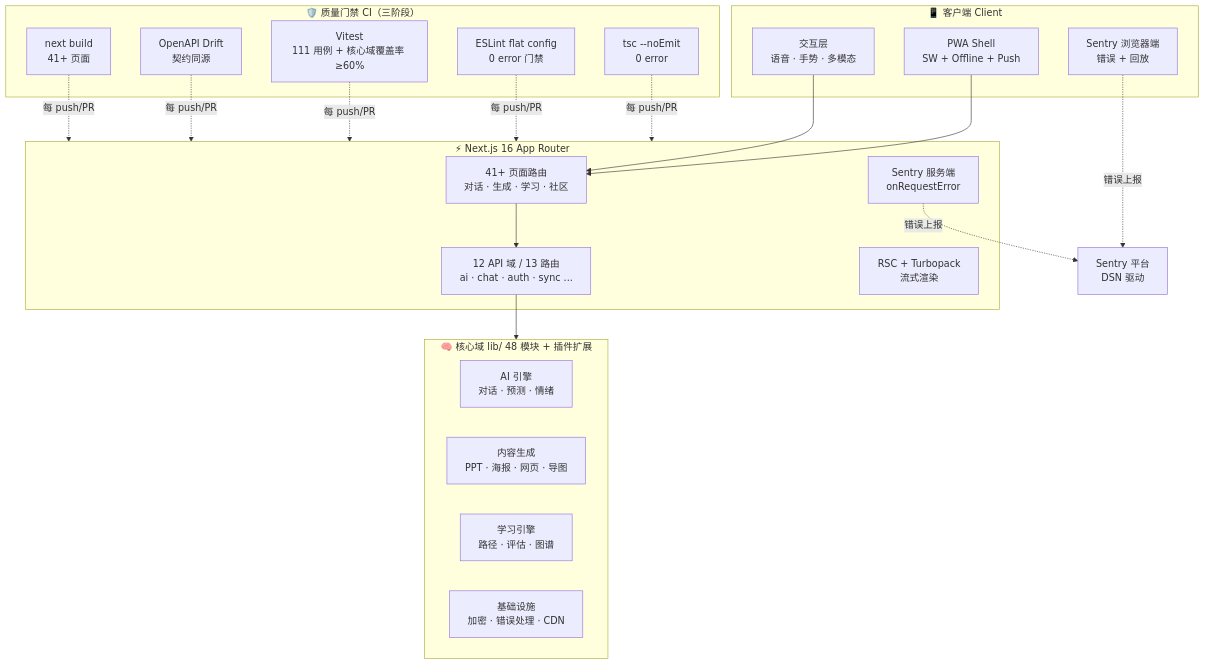
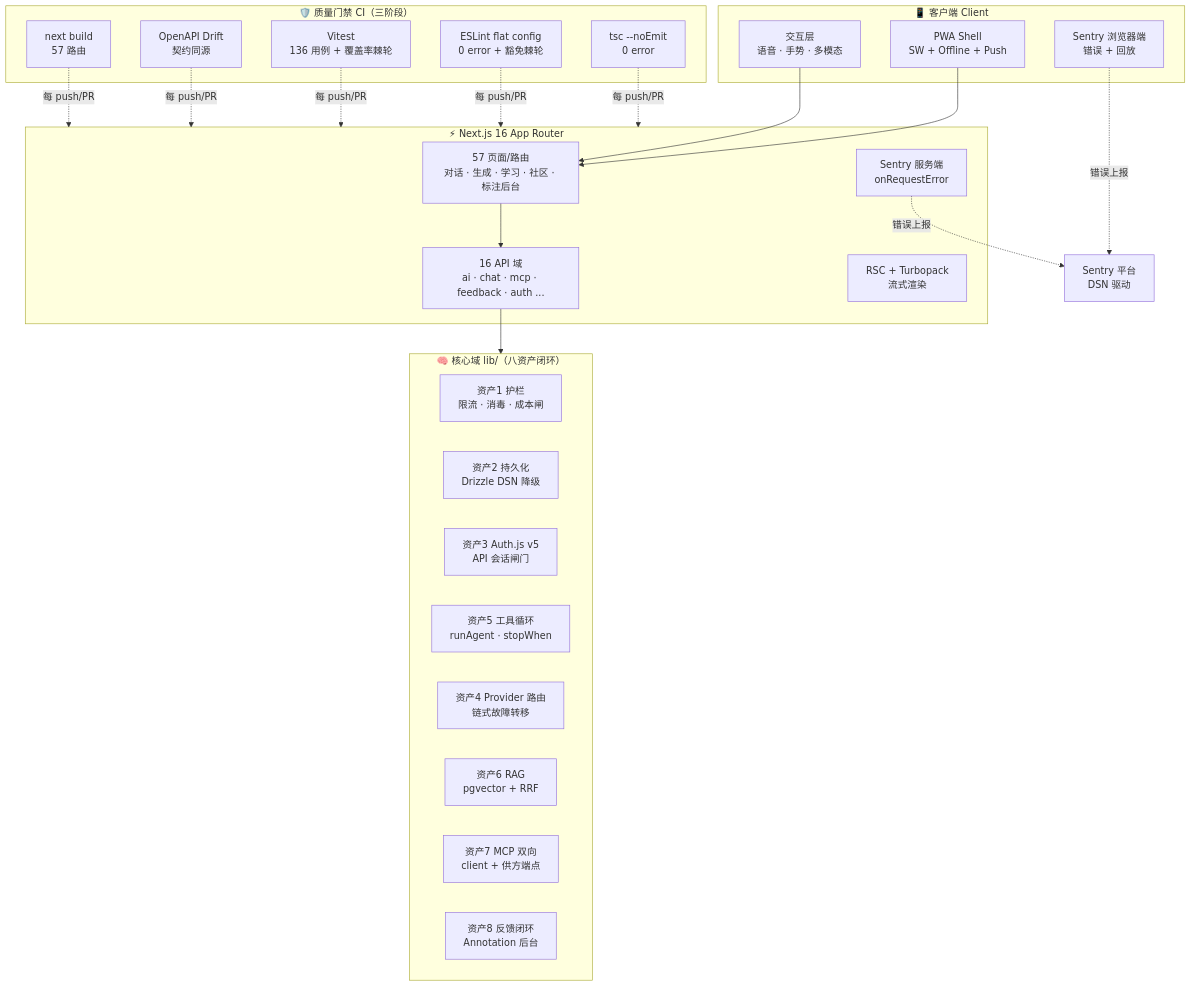
Before and after one commit to YYC-Cube/YYC3-Novamind: the first of 2 diagrams in README.md, drawn with Mermaid. The commit also changed other lines of this file and 21 other files, not shown here.

First line of the commit message:
feat(ecosystem): Phase C 八资产闭环 — MCP 双向接入 + 反馈闭环 + warning 深水区棘轮

````diff
--- a/README.md
+++ b/README.md
@@ -78,32 +87,36 @@
 ```mermaid
 graph TB
   subgraph Client["📱 客户端 Client"]
         PWA["PWA Shell<br/>SW + Offline + Push"]
         UI["交互层<br/>语音 · 手势 · 多模态"]
         SENTRY_C["Sentry 浏览器端<br/>错误 + 回放"]
   end
   subgraph App["⚡ Next.js 16 App Router"]
-        Pages["41+ 页面路由<br/>对话 · 生成 · 学习 · 社区"]
-        API["12 API 域 / 13 路由<br/>ai · chat · auth · sync ..."]
+        Pages["57 页面/路由<br/>对话 · 生成 · 学习 · 社区 · 标注后台"]
+        API["16 API 域<br/>ai · chat · mcp · feedback · auth ..."]
         RSC["RSC + Turbopack<br/>流式渲染"]
         SENTRY_S["Sentry 服务端<br/>onRequestError"]
   end
-  subgraph Core["🧠 核心域 lib/ 48 模块 + 插件扩展"]
-        AI["AI 引擎<br/>对话 · 预测 · 情绪"]
-        Gen["内容生成<br/>PPT · 海报 · 网页 · 导图"]
-        Learn["学习引擎<br/>路径 · 评估 · 图谱"]
-        Infra["基础设施<br/>加密 · 错误处理 · CDN"]
+  subgraph Core["🧠 核心域 lib/（八资产闭环）"]
+        GUARD["资产1 护栏<br/>限流 · 消毒 · 成本闸"]
+        DB["资产2 持久化<br/>Drizzle DSN 降级"]
+        AUTH["资产3 Auth.js v5<br/>API 会话闸门"]
+        TOOLS["资产5 工具循环<br/>runAgent · stopWhen"]
+        ROUTE["资产4 Provider 路由<br/>链式故障转移"]
+        RAG["资产6 RAG<br/>pgvector + RRF"]
+        MCP["资产7 MCP 双向<br/>client + 供方端点"]
+        FB["资产8 反馈闭环<br/>Annotation 后台"]
   end
   subgraph Gate["🛡️ 质量门禁 CI（三阶段）"]
         TS["tsc --noEmit<br/>0 error"]
-        LINT["ESLint flat config<br/>0 error 门禁"]
-        VT["Vitest<br/>111 用例 + 核心域覆盖率 ≥60%"]
+        LINT["ESLint flat config<br/>0 error + 豁免棘轮"]
+        VT["Vitest<br/>136 用例 + 覆盖率棘轮"]
         OA["OpenAPI Drift<br/>契约同源"]
-        BL["next build<br/>41+ 页面"]
+        BL["next build<br/>57 路由"]
   end
   PWA & UI --> Pages
   Pages --> API
   API --> Core
   SENTRY_C & SENTRY_S -.->|错误上报| Sentry["Sentry 平台<br/>DSN 驱动"]
   TS & LINT & VT & OA & BL -.->|每 push/PR| App
 ```
````
